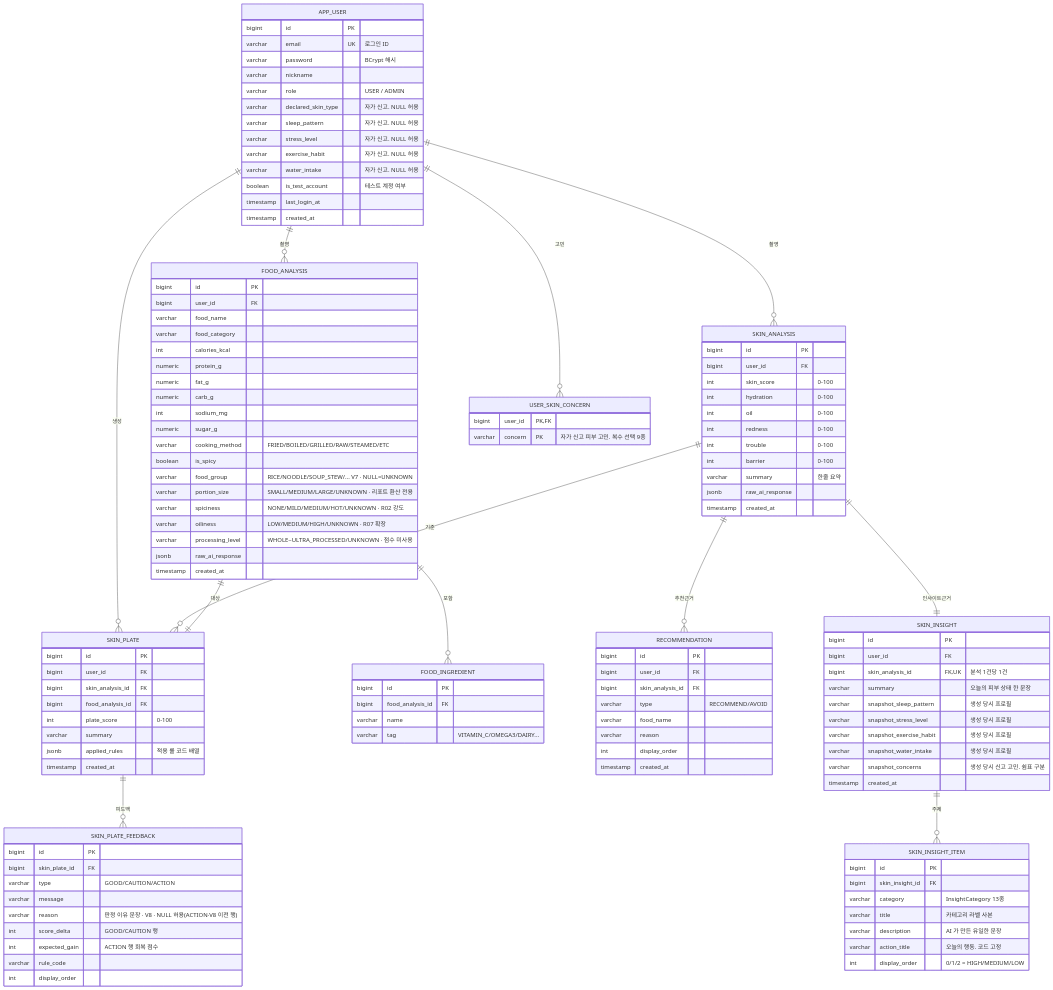
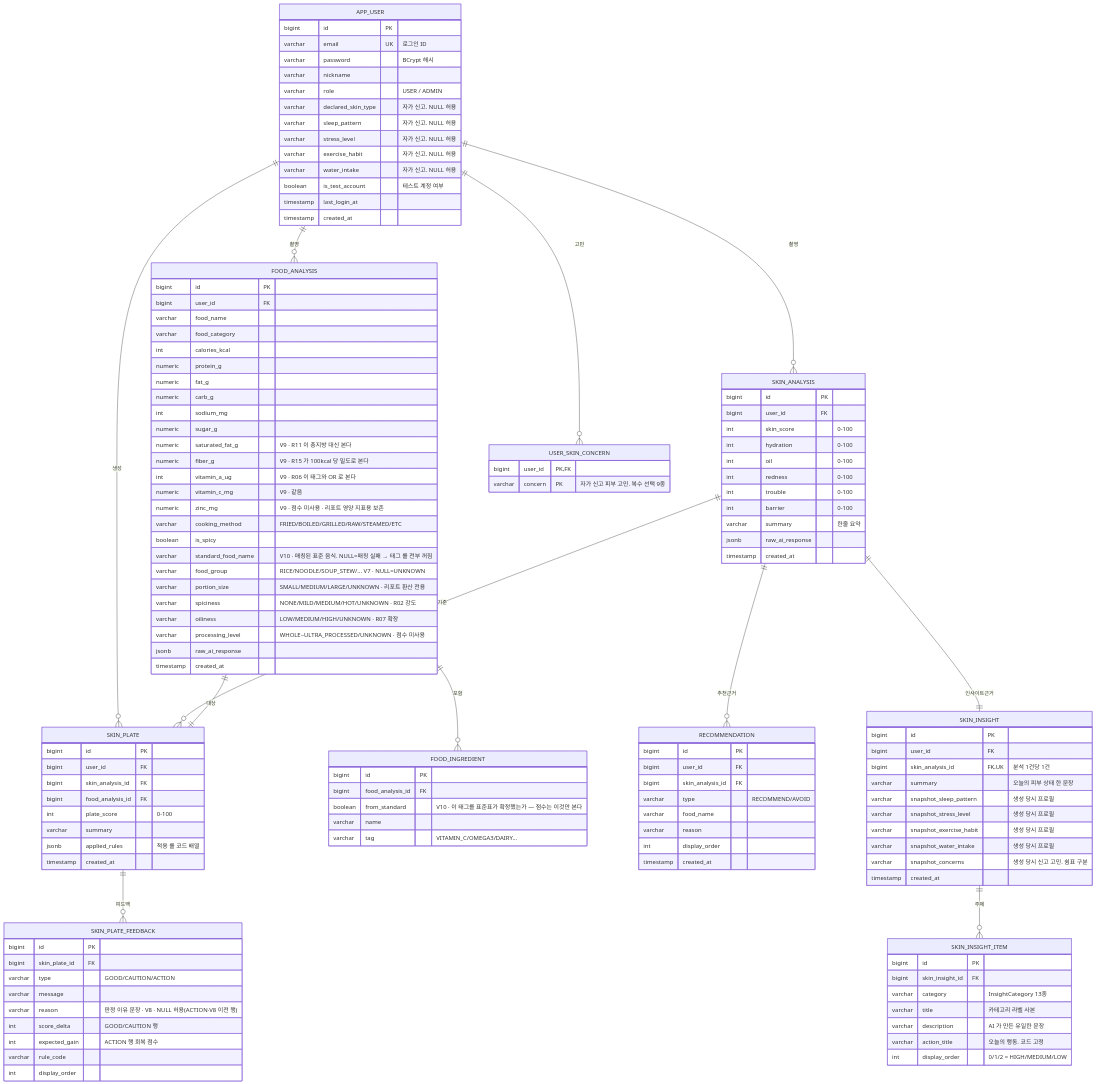
One commit to LikeLion-DU/Skinpick-backend changed the fourth of 8 diagrams in SkinPlate_PRD.md. Above: the diagram before and after it, drawn with Mermaid. The commit also changed other lines of this file and 36 other files, not shown here.

```diff
--- a/SkinPlate_PRD.md
+++ b/SkinPlate_PRD.md
@@ -1518,8 +1518,14 @@
         numeric carb_g
         int sodium_mg
         numeric sugar_g
+        numeric saturated_fat_g "V9 · R11 이 총지방 대신 본다"
+        numeric fiber_g "V9 · R15 가 100kcal 당 밀도로 본다"
+        int vitamin_a_ug "V9 · R06 이 태그와 OR 로 본다"
+        numeric vitamin_c_mg "V9 · 같음"
+        numeric zinc_mg "V9 · 점수 미사용 · 리포트 영양 지표용 보존"
         varchar cooking_method "FRIED/BOILED/GRILLED/RAW/STEAMED/ETC"
         boolean is_spicy
+        varchar standard_food_name "V10 · 매칭된 표준 음식. NULL=매칭 실패 → 태그 룰 전부 꺼짐"
         varchar food_group "RICE/NOODLE/SOUP_STEW/... V7 · NULL=UNKNOWN"
         varchar portion_size "SMALL/MEDIUM/LARGE/UNKNOWN · 리포트 환산 전용"
         varchar spiciness "NONE/MILD/MEDIUM/HOT/UNKNOWN · R02 강도"
@@ -1532,6 +1538,7 @@
     FOOD_INGREDIENT {
         bigint id PK
         bigint food_analysis_id FK
+        boolean from_standard "V10 · 이 태그를 표준표가 확정했는가 — 점수는 이것만 본다"
         varchar name
         varchar tag "VITAMIN_C/OMEGA3/DAIRY..."
     }
```
